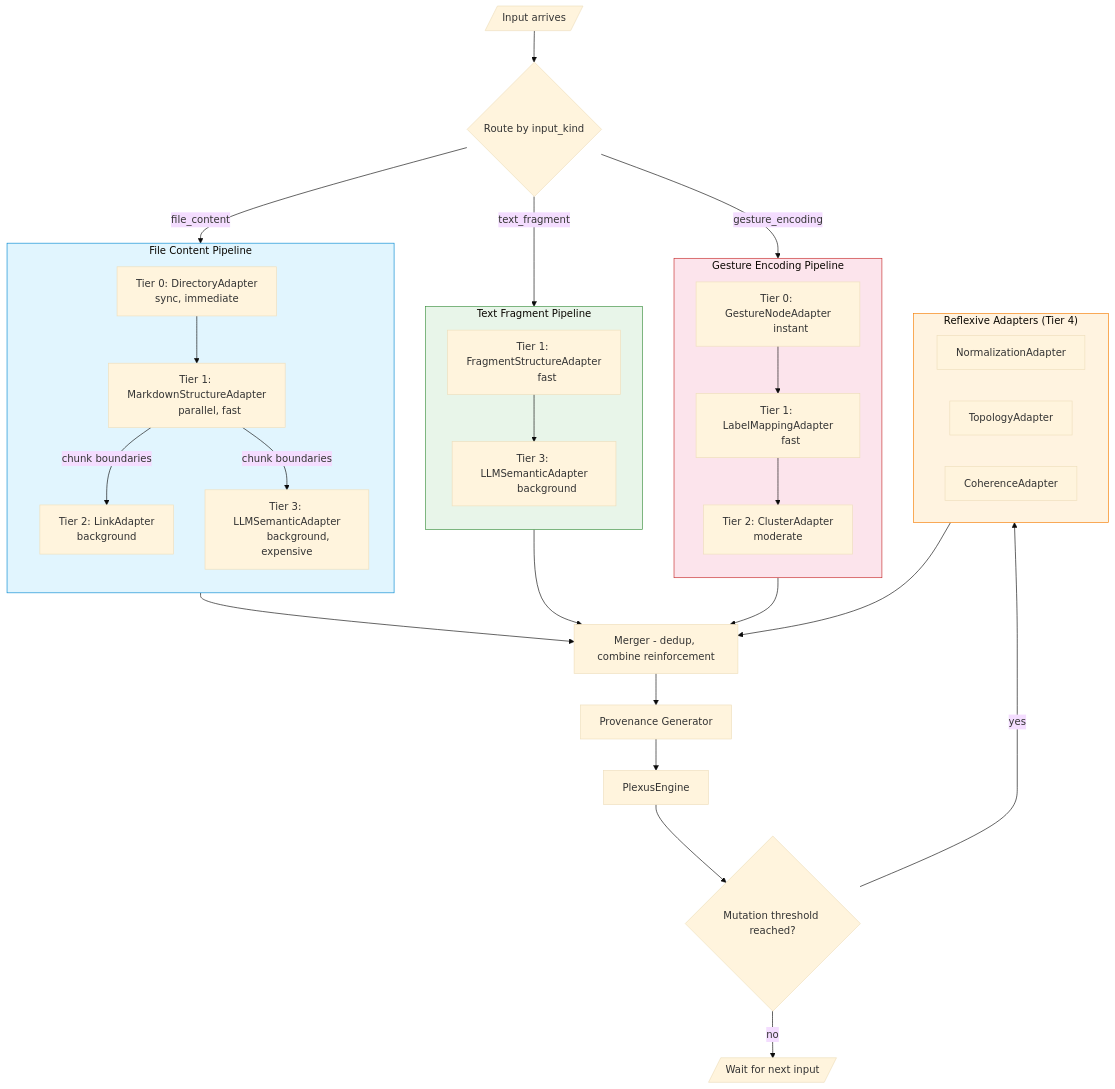
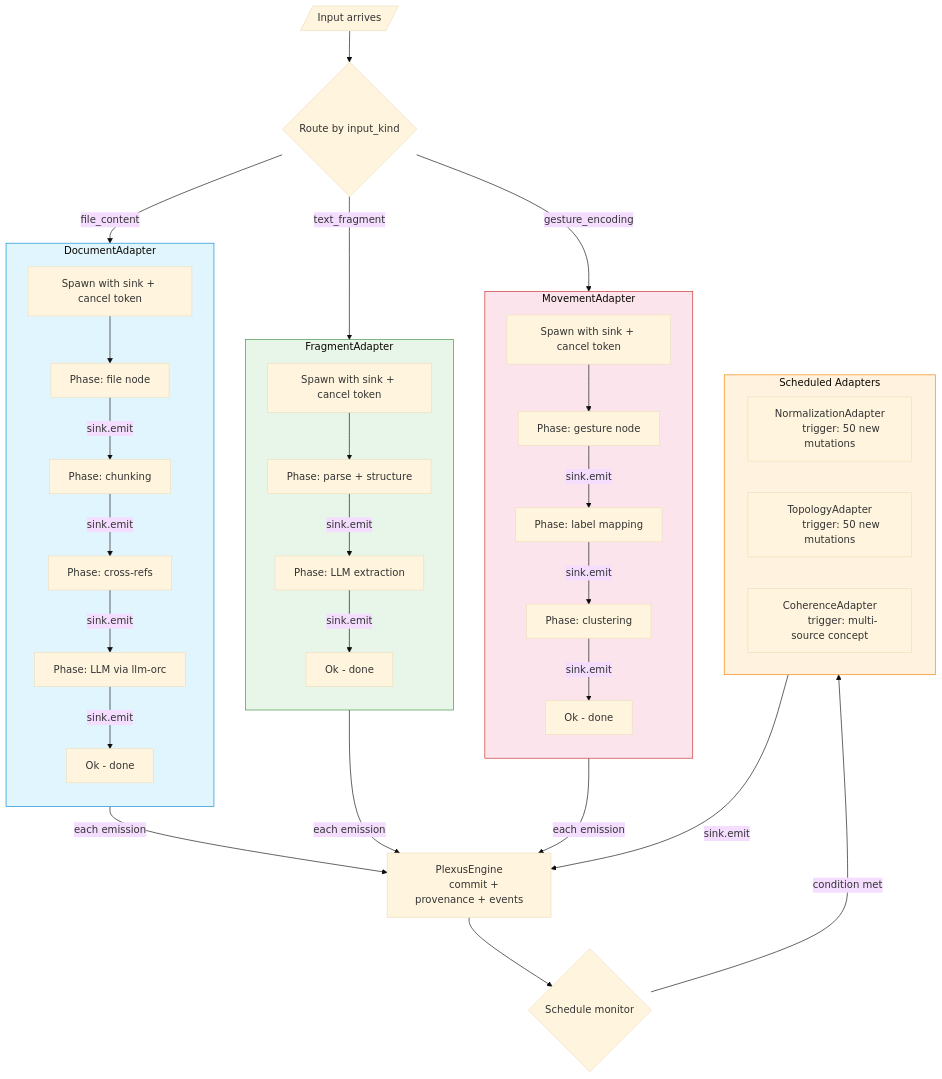
Diagram 12 of 13 in docs/semantic-adapters-diagrams.md (nrgforge/plexus), drawn with Mermaid (base theme) before and after one commit. The commit also changed other lines of this file and 2 other files, not shown here.

First line of the commit message:
docs: revise adapter design — coarse-grained, sink-based, scheduled

````diff
--- a/docs/semantic-adapters-diagrams.md
+++ b/docs/semantic-adapters-diagrams.md
@@ -673,75 +665,72 @@
 ```mermaid
 flowchart TB
     input[/"Input arrives"/]
 
     input --> route{"Route by input_kind"}
 
-    route -->|file_content| fc_adapters
-    route -->|text_fragment| tf_adapters
-    route -->|gesture_encoding| ge_adapters
+    route -->|file_content| da
+    route -->|text_fragment| fa
+    route -->|gesture_encoding| ma
 
-    subgraph fc_adapters ["File Content Pipeline"]
+    subgraph da ["DocumentAdapter"]
         direction TB
-        fc_t0["Tier 0: DirectoryAdapter
-        sync, immediate"]
-        fc_t1["Tier 1: MarkdownStructureAdapter
-        parallel, fast"]
-        fc_t2["Tier 2: LinkAdapter
-        background"]
-        fc_t3["Tier 3: LLMSemanticAdapter
-        background, expensive"]
-
-        fc_t0 --> fc_t1
-        fc_t1 -->|chunk boundaries| fc_t2
-        fc_t1 -->|chunk boundaries| fc_t3
+        da_spawn["Spawn with sink + cancel token"]
+        da_p1["Phase: file node"]
+        da_p2["Phase: chunking"]
+        da_p3["Phase: cross-refs"]
+        da_p4["Phase: LLM via llm-orc"]
+        da_spawn --> da_p1
+        da_p1 -->|sink.emit| da_p2
+        da_p2 -->|sink.emit| da_p3
+        da_p3 -->|sink.emit| da_p4
+        da_p4 -->|sink.emit| da_done["Ok - done"]
     end
 
-    subgraph tf_adapters ["Text Fragment Pipeline"]
+    subgraph fa ["FragmentAdapter"]
         direction TB
-        tf_t1["Tier 1: FragmentStructureAdapter
-        fast"]
-        tf_t3["Tier 3: LLMSemanticAdapter
-        background"]
-
-        tf_t1 --> tf_t3
+        fa_spawn["Spawn with sink + cancel token"]
+        fa_p1["Phase: parse + structure"]
+        fa_p2["Phase: LLM extraction"]
+        fa_spawn --> fa_p1
+        fa_p1 -->|sink.emit| fa_p2
+        fa_p2 -->|sink.emit| fa_done["Ok - done"]
     end
 
-    subgraph ge_adapters ["Gesture Encoding Pipeline"]
+    subgraph ma ["MovementAdapter"]
         direction TB
-        ge_t0["Tier 0: GestureNodeAdapter
-        instant"]
-        ge_t1["Tier 1: LabelMappingAdapter
-        fast"]
-        ge_t2["Tier 2: ClusterAdapter
-        moderate"]
-
-        ge_t0 --> ge_t1
-        ge_t1 --> ge_t2
+        ma_spawn["Spawn with sink + cancel token"]
+        ma_p1["Phase: gesture node"]
+        ma_p2["Phase: label mapping"]
+        ma_p3["Phase: clustering"]
+        ma_spawn --> ma_p1
+        ma_p1 -->|sink.emit| ma_p2
+        ma_p2 -->|sink.emit| ma_p3
+        ma_p3 -->|sink.emit| ma_done["Ok - done"]
     end
 
-    fc_adapters --> merge
-    tf_adapters --> merge
-    ge_adapters --> merge
+    da -->|each emission| engine
+    fa -->|each emission| engine
+    ma -->|each emission| engine
 
-    merge["Merger - dedup, combine reinforcement"]
-    merge --> provgen["Provenance Generator"]
-    provgen --> engine["PlexusEngine"]
+    engine["PlexusEngine
+    commit + provenance + events"]
 
-    engine --> threshold{"Mutation threshold reached?"}
-    threshold -->|yes| reflexive
+    engine --> monitor{"Schedule monitor"}
 
-    subgraph reflexive ["Reflexive Adapters (Tier 4)"]
-        r_norm["NormalizationAdapter"]
-        r_topo["TopologyAdapter"]
-        r_cohere["CoherenceAdapter"]
+    subgraph scheduled ["Scheduled Adapters"]
+        r_norm["NormalizationAdapter
+        trigger: 50 new mutations"]
+        r_topo["TopologyAdapter
+        trigger: 50 new mutations"]
+        r_cohere["CoherenceAdapter
+        trigger: multi-source concept"]
     end
 
-    reflexive --> merge
+    monitor -->|condition met| scheduled
+    scheduled -->|sink.emit| engine
 
-    threshold -->|no| done[/Wait for next input/]
-
-    style fc_adapters fill:#e1f5fe,stroke:#0288d1
-    style tf_adapters fill:#e8f5e9,stroke:#388e3c
-    style ge_adapters fill:#fce4ec,stroke:#c62828
-    style reflexive fill:#fff3e0,stroke:#f57c00
+    style da fill:#e1f5fe,stroke:#0288d1
+    style fa fill:#e8f5e9,stroke:#388e3c
+    style ma fill:#fce4ec,stroke:#c62828
+    style scheduled fill:#fff3e0,stroke:#f57c00
 ```
````
